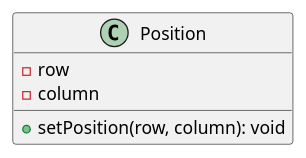
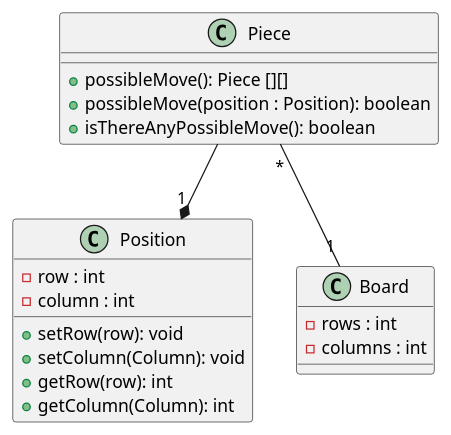
Before and after one commit to P3dro-Monteiro/chess: the diagram in src/docs/Class_Diagram.puml, drawn with PlantUML. The commit also changed 4 other files, not shown here.

Commit message:
Updates Class Diagram and creates Piece and Board classes

```diff
--- a/src/docs/Class_Diagram.puml
+++ b/src/docs/Class_Diagram.puml
@@ -1,10 +1,29 @@
 @startuml
 
 class Position {
-    - row
-    - column
-    + setPosition(row, column): void
+    - row : int
+    - column : int
+
+    + setRow(row): void
+    + setColumn(Column): void
+    + getRow(row): int
+    + getColumn(Column): int
 }
+
+class Piece {
+    + possibleMove(): Piece [][]
+    + possibleMove(position : Position): boolean
+    + isThereAnyPossibleMove(): boolean
+}
+
+class Board {
+    - rows : int
+    - columns : int
+}
+
+Piece --* "1" Position
+Piece "*" -- "1" Board
+
 
 
 @enduml
```
